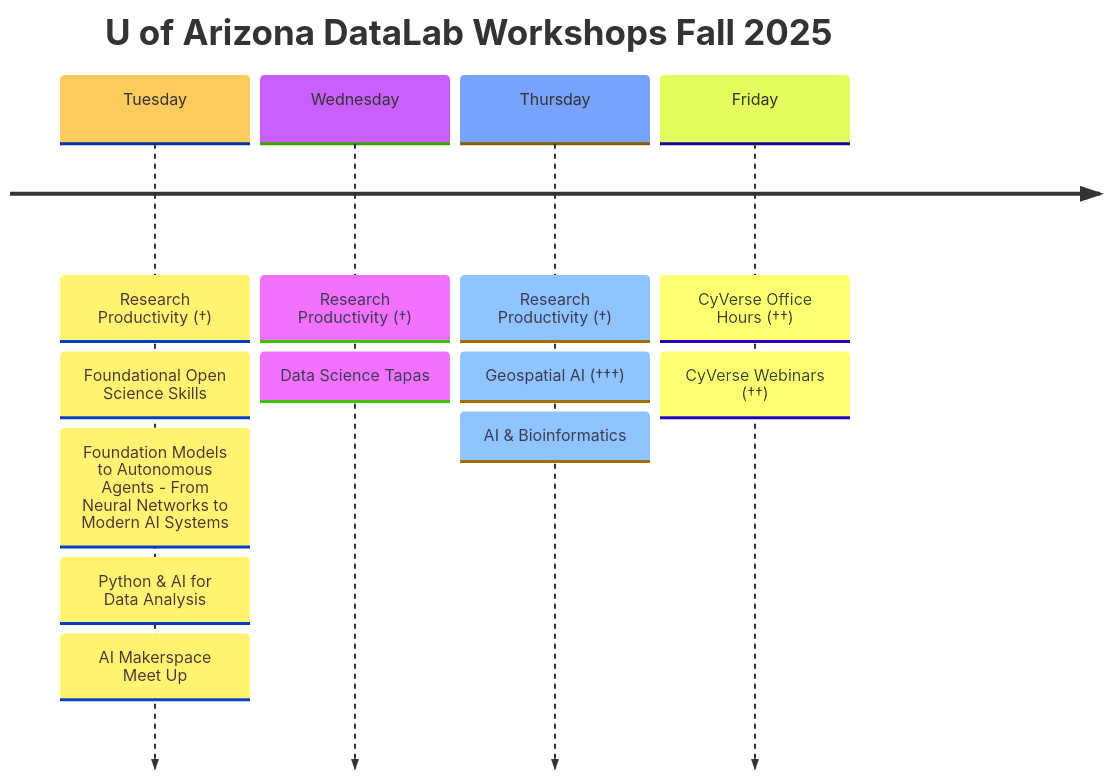
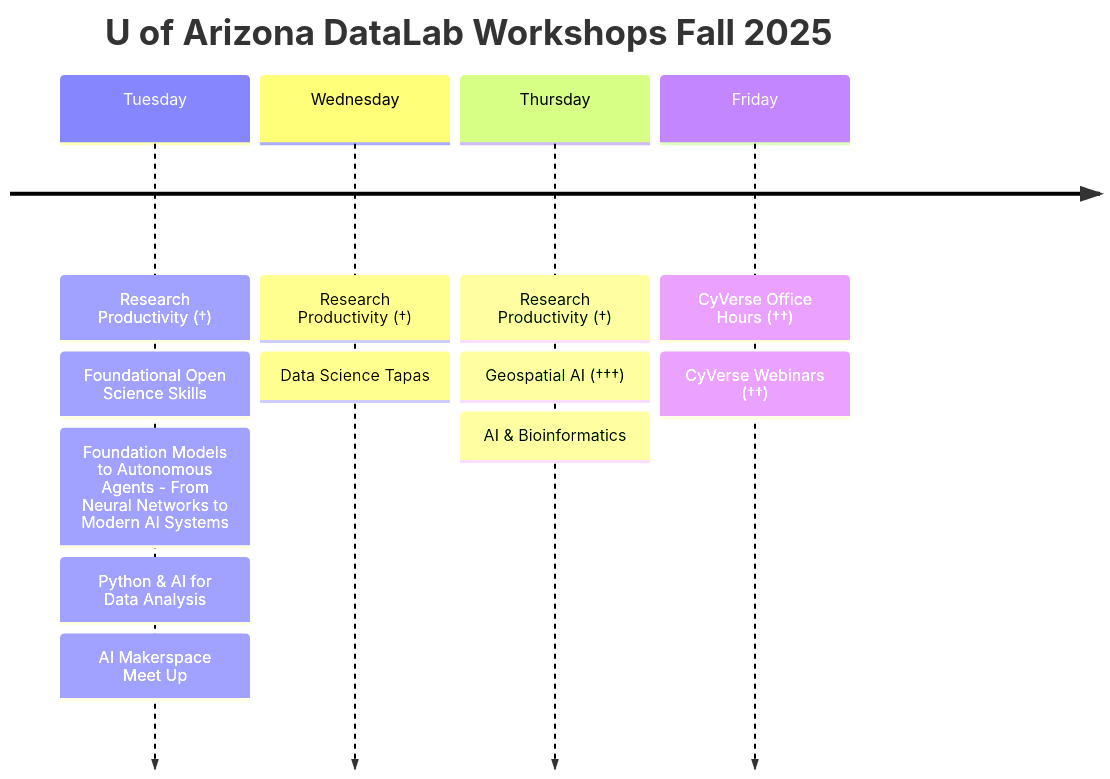
One commit to ua-datalab/ua-datalab.github.io changed the diagram in docs/index.md. Above: the diagram before and after it, drawn with Mermaid.

````diff
--- a/docs/index.md
+++ b/docs/index.md
@@ -31,17 +31,17 @@
 ```mermaid
-%%{init: { 'logLevel': 'debug', 'theme': 'base' } }%%
+%%{init: { 'logLevel': 'debug', 'theme': 'forest', disableMulticolor: True  } }%%
 timeline
     title U of Arizona DataLab Workshops Fall 2025
     Tuesday : Research Productivity (†)
             : Foundational Open Science Skills
 	    : Foundation Models to Autonomous Agents - From Neural Networks to Modern AI Systems
 	    : Python & AI for Data Analysis
 	    : AI Makerspace Meet Up
     Wednesday : Research Productivity (†)
 	    : Data Science Tapas
     Thursday : Research Productivity (†)
              : Geospatial AI (†††)
     	     : AI & Bioinformatics 
     Friday : CyVerse Office Hours (††)
     	   : CyVerse Webinars (††)
 ```
````
